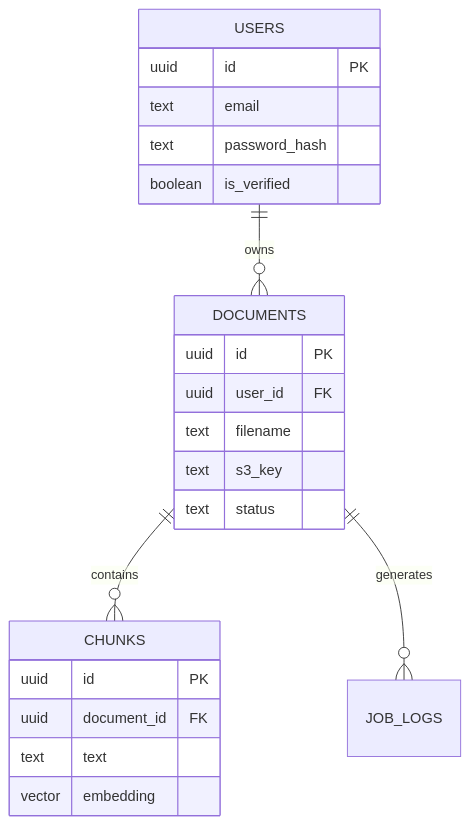
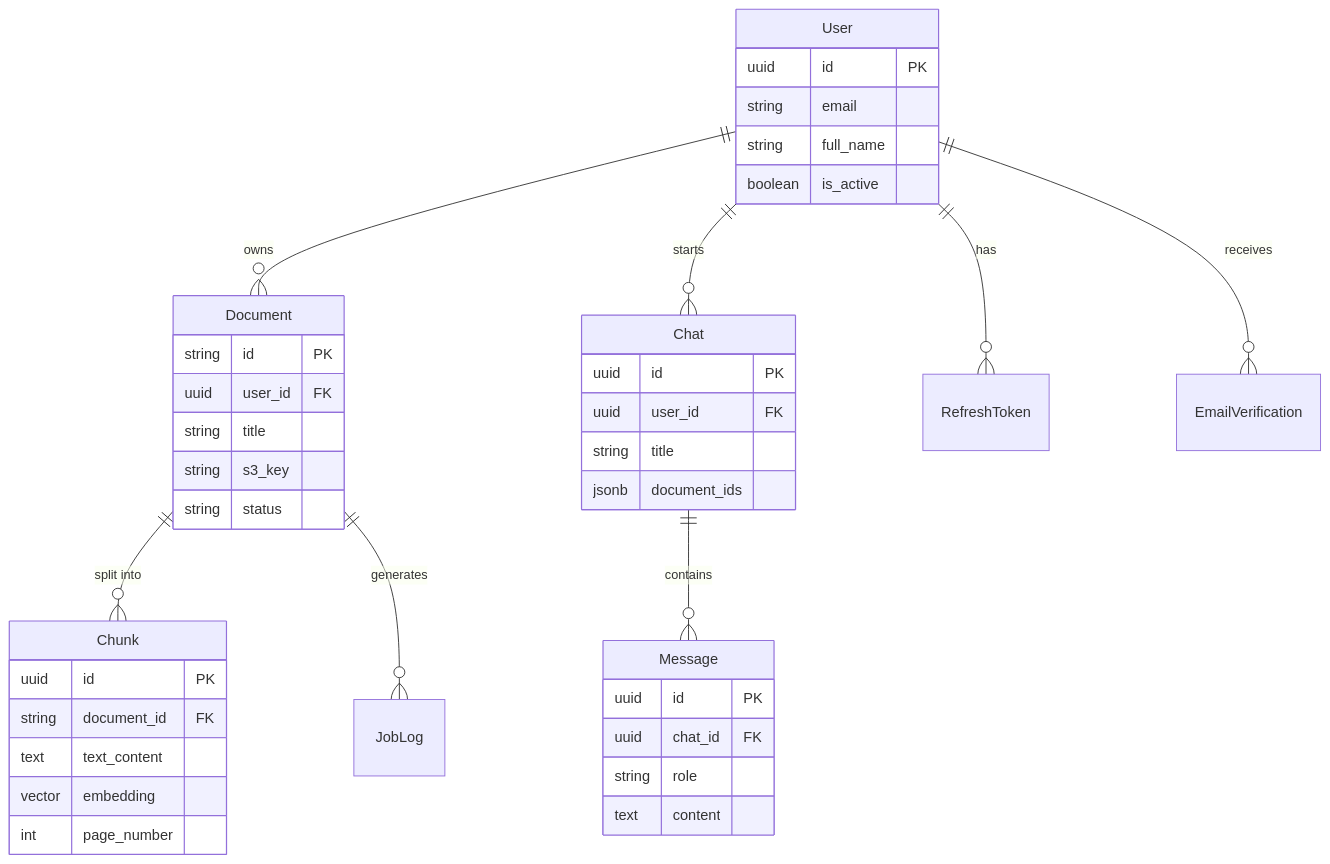
Before and after one commit to KanavSingla28-k/PDFTalk: the second of 2 diagrams in README.md, drawn with Mermaid. The commit also changed other lines of this file, not shown here.

Commit message:
docs: rewrite README to reflect v2.0 architecture, feature enhancements, and system documentation

````diff
--- a/README.md
+++ b/README.md
@@ -249,25 +84,49 @@
 ```mermaid
 erDiagram
-    USERS ||--o{ DOCUMENTS : owns
-    USERS {
+    User ||--o{ Document : "owns"
+    User ||--o{ Chat : "starts"
+    User ||--o{ RefreshToken : "has"
+    User ||--o{ EmailVerification : "receives"
+    
+    Document ||--o{ Chunk : "split into"
+    Document ||--o{ JobLog : "generates"
+    
+    Chat ||--o{ Message : "contains"
+    
+    User {
         uuid id PK
-        text email
-        text password_hash
-        boolean is_verified
+        string email
+        string full_name
+        boolean is_active
     }
-    DOCUMENTS ||--o{ CHUNKS : contains
-    DOCUMENTS ||--o{ JOB_LOGS : generates
-    DOCUMENTS {
+    
+    Document {
+        string id PK
+        uuid user_id FK
+        string title
+        string s3_key
+        string status
+    }
+    
+    Chunk {
+        uuid id PK
+        string document_id FK
+        text text_content
+        vector embedding
+        int page_number
+    }
+    
+    Chat {
         uuid id PK
         uuid user_id FK
-        text filename
-        text s3_key
-        text status
+        string title
+        jsonb document_ids
     }
-    CHUNKS {
+    
+    Message {
         uuid id PK
-        uuid document_id FK
-        text text
-        vector embedding
+        uuid chat_id FK
+        string role
+        text content
     }
 ```
````
